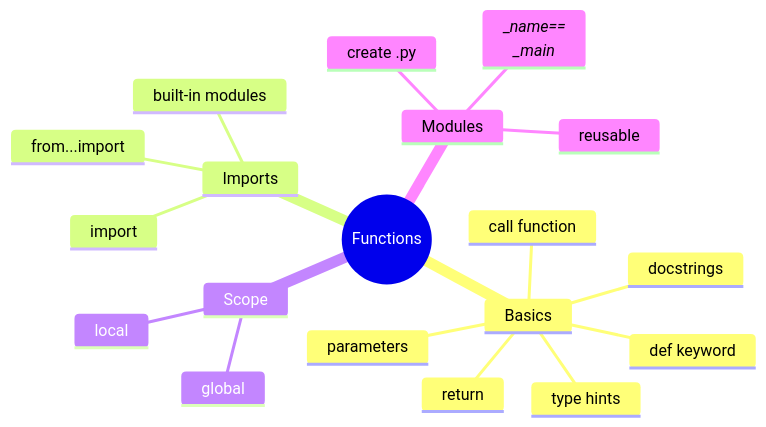
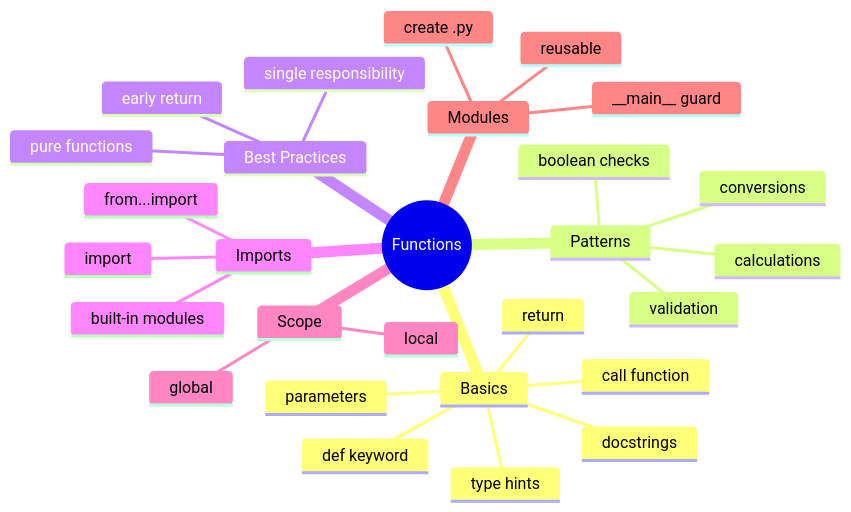
The diagram in functions/_docs/_table_of_contents.md (mAbduqayum/python-workbook), drawn with Mermaid before and after one commit. The commit also changed 7 other files, not shown here.

First line of the commit message:
docs: add mermaid mindmaps to every table of contents

````diff
--- a/functions/_docs/_table_of_contents.md
+++ b/functions/_docs/_table_of_contents.md
@@ -3,22 +3,31 @@
 ```mermaid
 mindmap
     root((Functions))
         Basics
             def keyword
             call function
             parameters
             return
             type hints
             docstrings
+        Patterns
+            calculations
+            boolean checks
+            conversions
+            validation
+        Best Practices
+            single responsibility
+            pure functions
+            early return
         Imports
             import
             from...import
             built-in modules
         Scope
             local
             global
         Modules
             create .py
-            \__name__==<br>\__main__
+            #95;#95;main#95;#95; guard
             reusable
 ```
````
